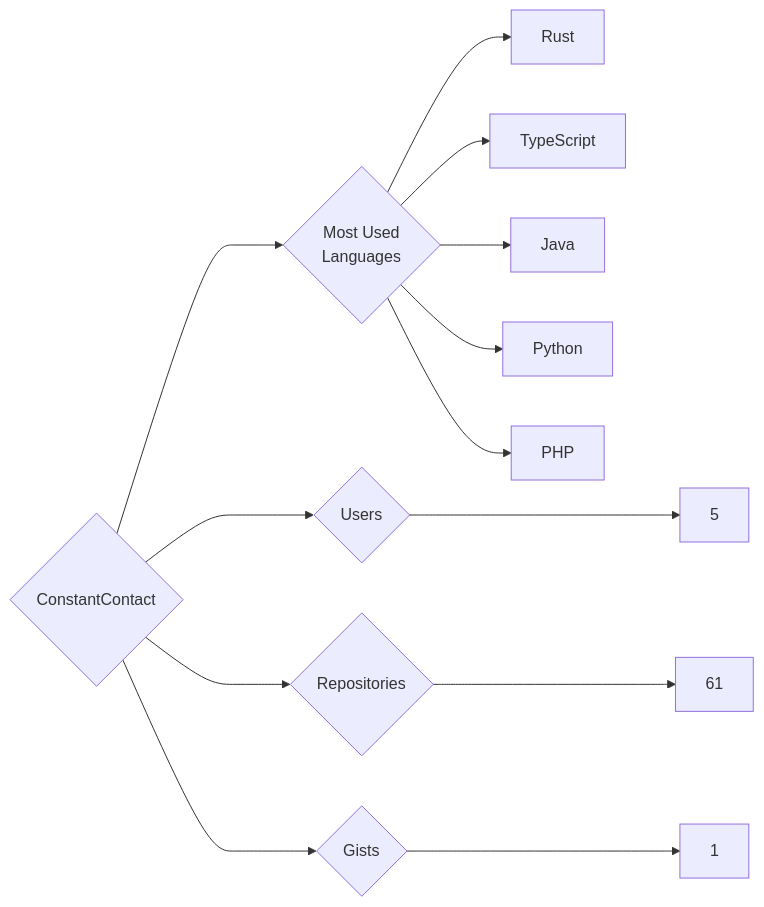
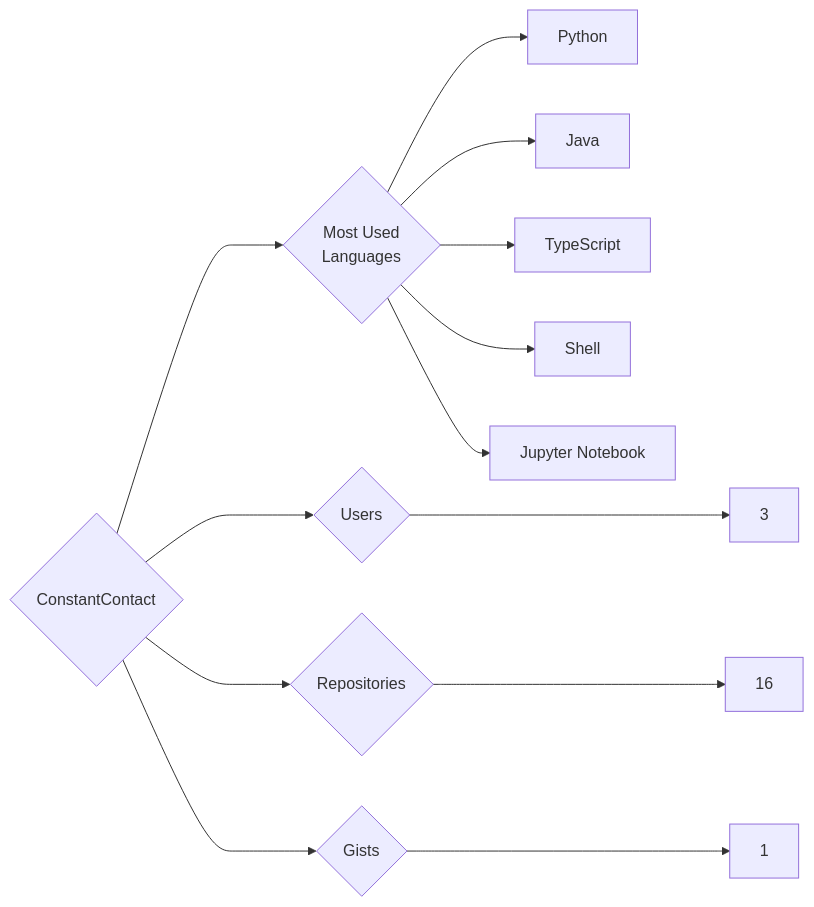
One commit to trickest/insiders changed the diagram in targets/ConstantContact/README.md. Above: the diagram before and after it, drawn with Mermaid. The commit also changed 873 other files, not shown here.

````diff
--- a/targets/ConstantContact/README.md
+++ b/targets/ConstantContact/README.md
@@ -3,13 +3,13 @@
 ```mermaid
 graph LR
 COMPANY_NAME{ConstantContact}
-COMPANY_NAME ---> U{Users} ---> UN[5]
-COMPANY_NAME ---> R{Repositories} ---> RN[61]
+COMPANY_NAME ---> U{Users} ---> UN[3]
+COMPANY_NAME ---> R{Repositories} ---> RN[16]
 COMPANY_NAME ---> G{Gists} ---> GN[1]
 COMPANY_NAME ---> ML{Most Used<br>Languages}
-ML --> Rust[Rust]
+ML --> Python[Python]
+ML --> Java[Java]
 ML --> TypeScript[TypeScript]
-ML --> Java[Java]
-ML --> Python[Python]
-ML --> PHP[PHP]
+ML --> Shell[Shell]
+ML --> Jupyter_Notebook[Jupyter Notebook]
 ```
````
